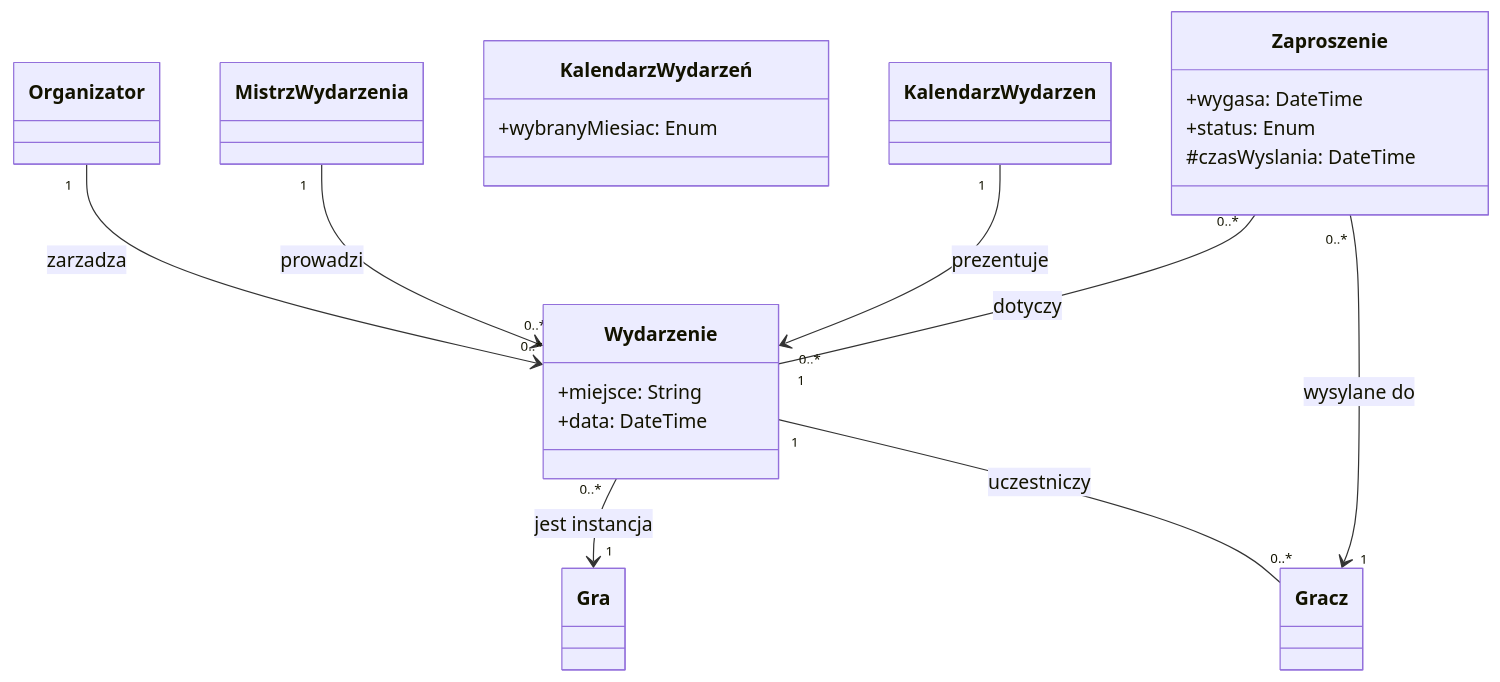
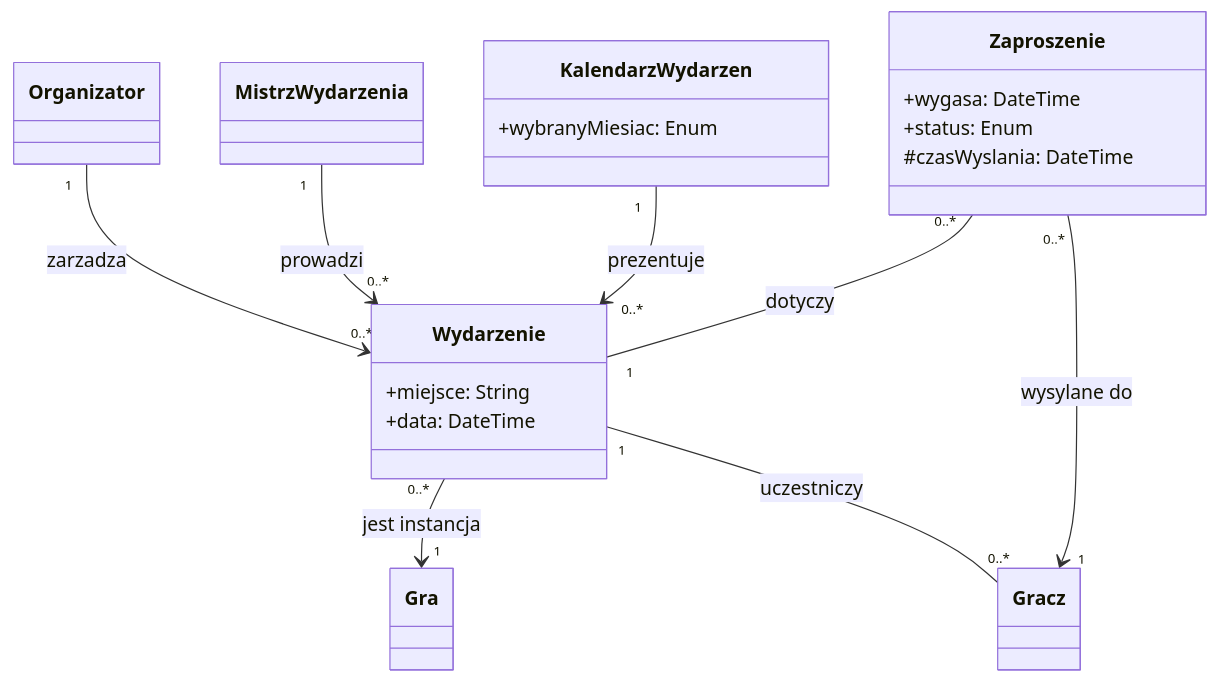
Before and after one commit to IWO-2026/project_iwo: the third of 19 diagrams in README.md, drawn with Mermaid. The commit also changed other lines of this file, not shown here.

````diff
--- a/README.md
+++ b/README.md
@@ -782,42 +781,42 @@
 ```mermaid
 classDiagram
     direction TB
 
     class Gra {
     }
 
     class Organizator {
     }
 
     class MistrzWydarzenia {
     }
 
     class Gracz {
     }
 
     class Wydarzenie {
         +miejsce: String
         +data: DateTime
     }
 
-    class KalendarzWydarzeń {
+    class KalendarzWydarzen {
         +wybranyMiesiac: Enum
     }
 
     class Zaproszenie {
         +wygasa: DateTime
         +status: Enum
         #czasWyslania: DateTime
     }
 
     Organizator    "1" --> "0..*" Wydarzenie : zarzadza
     MistrzWydarzenia "1" --> "0..*" Wydarzenie : prowadzi
 
     Wydarzenie "0..*" --> "1"    Gra    : jest instancja
     Wydarzenie "1"    -- "0..*" Gracz  : uczestniczy
 
     KalendarzWydarzen "1" --> "0..*" Wydarzenie : prezentuje
 
     Zaproszenie "0..*" --> "1" Gracz      : wysylane do
     Zaproszenie "0..*" -- "1" Wydarzenie : dotyczy
 ```
````
